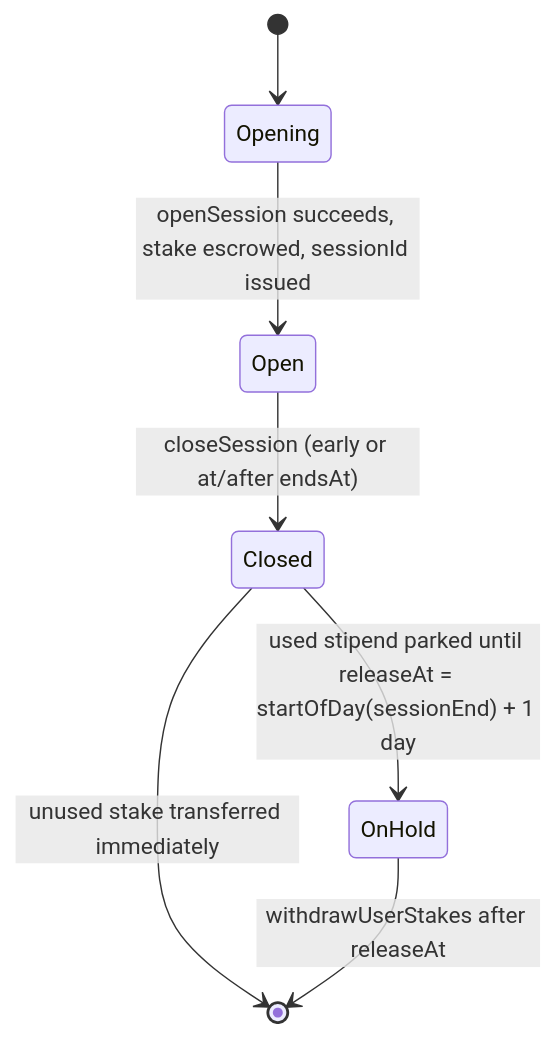
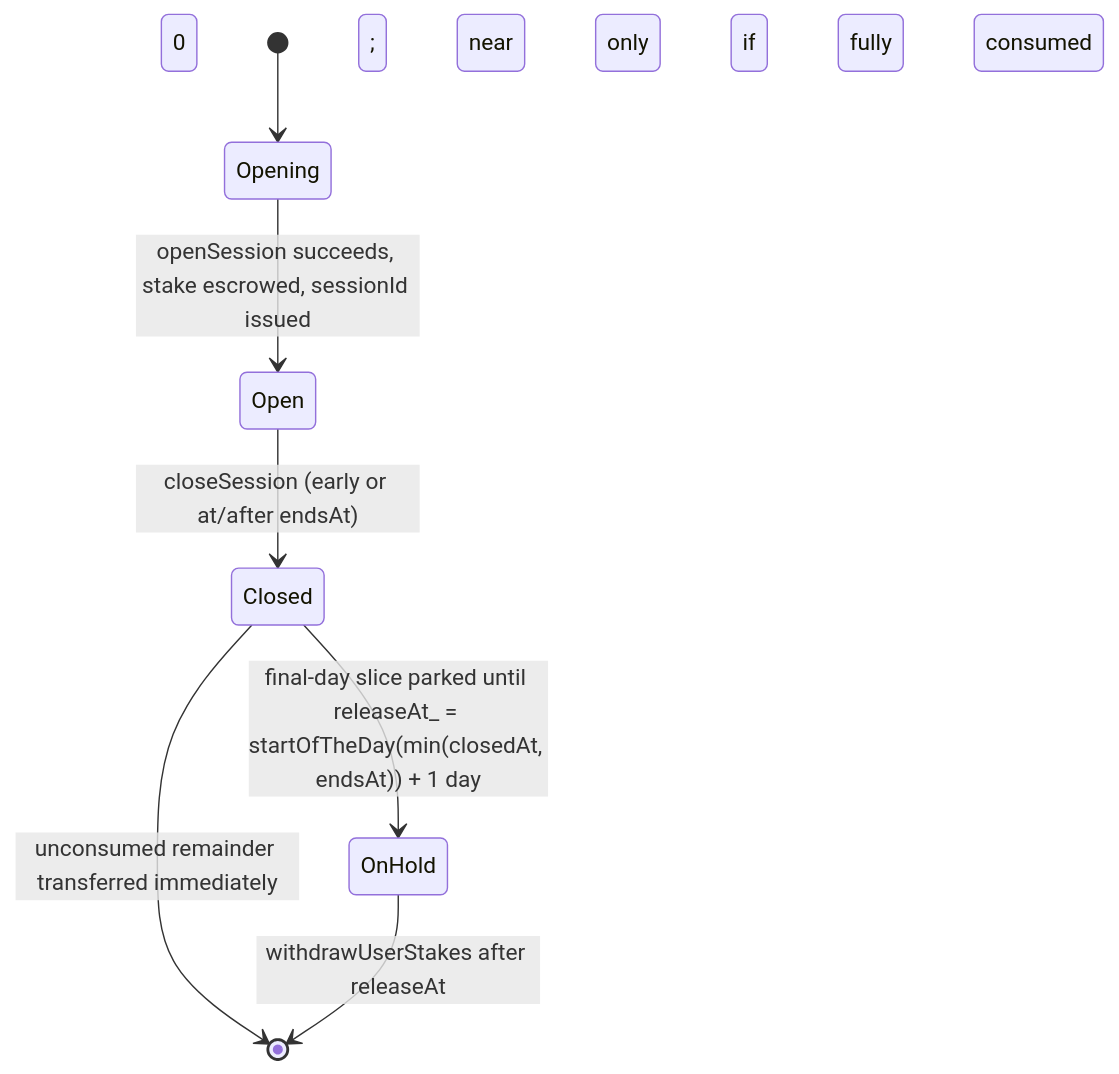
Before and after one commit to cowboycoderhq/Morpheus-Lumerin-Node: the second of 2 diagrams in docs/concepts/sessions-stake-close-recover.mdx, drawn with Mermaid. The commit also changed other lines of this file and 78 other files, not shown here.

````diff
--- a/docs/concepts/sessions-stake-close-recover.mdx
+++ b/docs/concepts/sessions-stake-close-recover.mdx
@@ -106,9 +127,9 @@
 ```mermaid
 stateDiagram-v2
   [*] --> Opening
   Opening --> Open: openSession succeeds, stake escrowed, sessionId issued
   Open --> Closed: closeSession (early or at/after endsAt)
-  Closed --> [*]: unused stake transferred immediately
-  Closed --> OnHold: used stipend parked until releaseAt = startOfDay(sessionEnd) + 1 day
+  Closed --> [*]: unconsumed remainder transferred immediately; near 0 only if fully consumed
+  Closed --> OnHold: final-day slice parked until releaseAt_ = startOfTheDay(min(closedAt, endsAt)) + 1 day
   OnHold --> [*]: withdrawUserStakes after releaseAt
 ```
````
